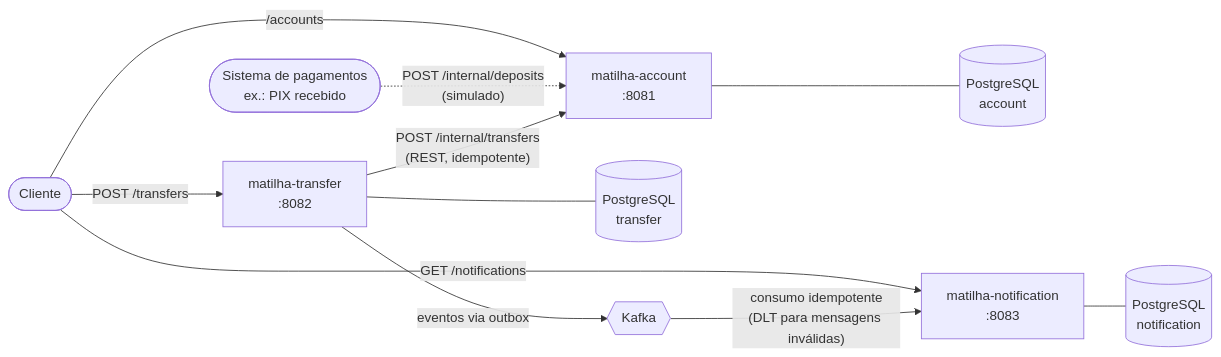
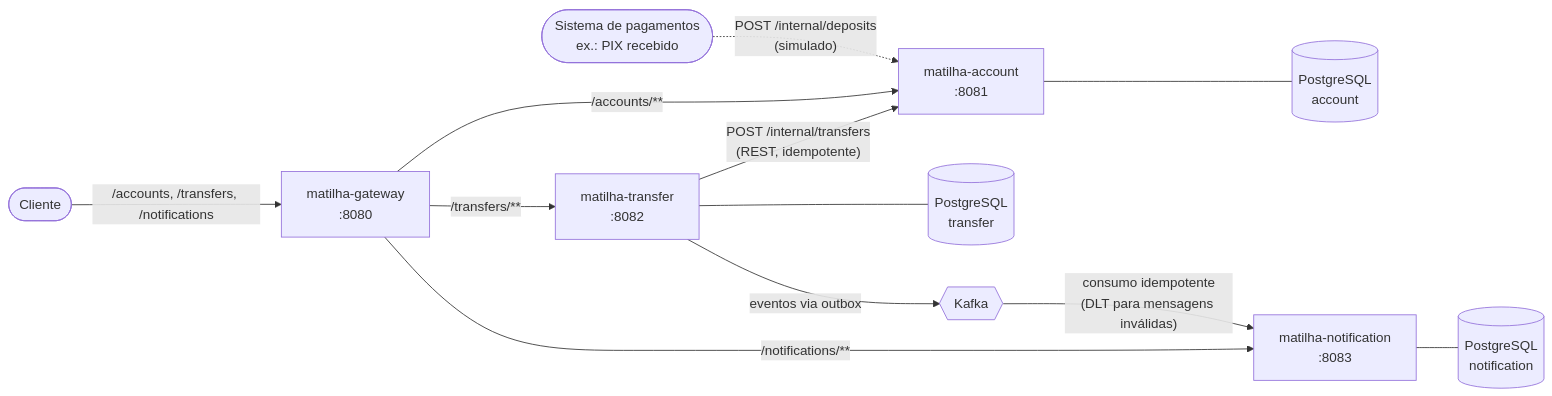
The diagram in README.md (Zanellas/Matilha), drawn with Mermaid before and after one commit. The commit also changed other lines of this file, not shown here.

````diff
--- a/README.md
+++ b/README.md
@@ -9,23 +9,25 @@
 ```mermaid
 flowchart LR
     client([Cliente])
     payments([Sistema de pagamentos<br/>ex.: PIX recebido])
+    gateway["matilha-gateway<br/>:8080"]
     transfer["matilha-transfer<br/>:8082"]
     account["matilha-account<br/>:8081"]
     tdb[("PostgreSQL<br/>transfer")]
     adb[("PostgreSQL<br/>account")]
     kafka{{"Kafka"}}
     notification["matilha-notification<br/>:8083"]
     ndb[("PostgreSQL<br/>notification")]
 
-    client -->|"POST /transfers"| transfer
-    client -->|"/accounts"| account
-    client -->|"GET /notifications"| notification
+    client -->|"/accounts, /transfers, /notifications"| gateway
+    gateway -->|"/accounts/**"| account
+    gateway -->|"/transfers/**"| transfer
+    gateway -->|"/notifications/**"| notification
     payments -.->|"POST /internal/deposits<br/>(simulado)"| account
     transfer -->|"POST /internal/transfers<br/>(REST, idempotente)"| account
     transfer --- tdb
     account --- adb
     notification --- ndb
     transfer -->|"eventos via outbox"| kafka
     kafka -->|"consumo idempotente<br/>(DLT para mensagens inválidas)"| notification
 ```
````
